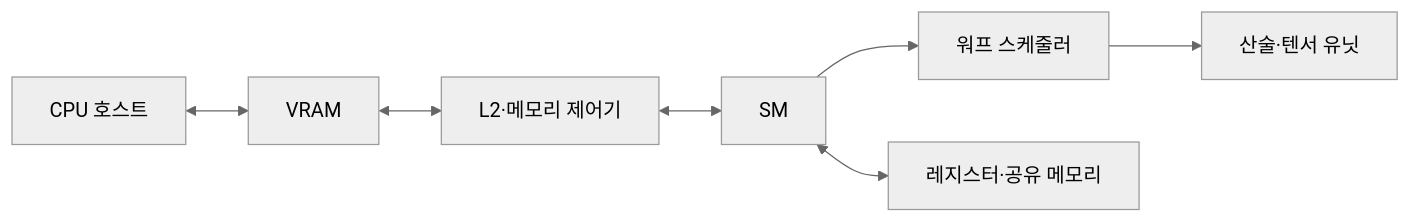
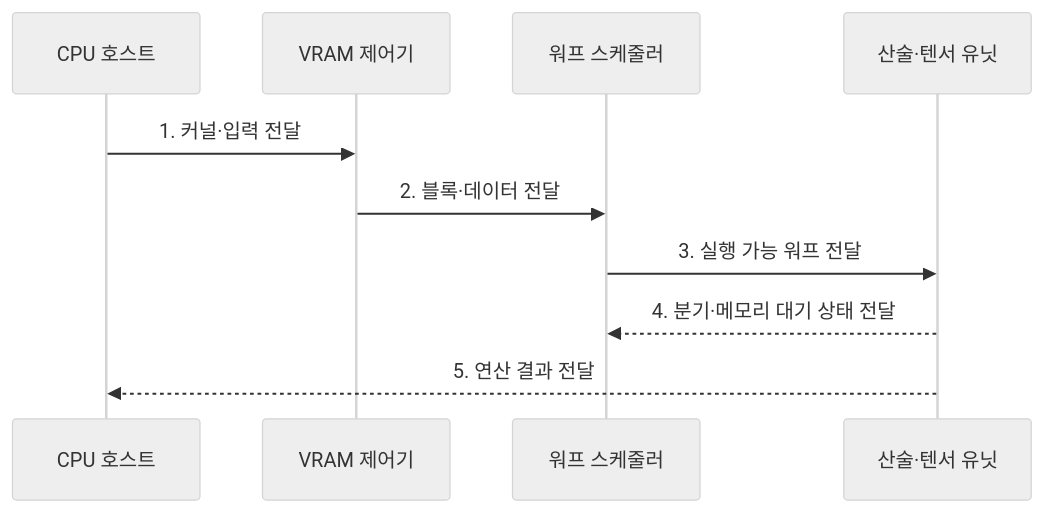
The second of 2 diagrams in src/content/docs/notes/08-latest-tech/141_gpu.md (agnusdei1207/knowledge-base), drawn with Mermaid (neutral theme) before and after one commit. The commit also changed other lines of this file and 23 other files, not shown here.

````diff
--- a/src/content/docs/notes/08-latest-tech/141_gpu.md
+++ b/src/content/docs/notes/08-latest-tech/141_gpu.md
@@ -53,9 +82,12 @@
 ```mermaid
-flowchart LR
-    H[CPU 호스트] <--> V[VRAM]
-    V <--> L[L2·메모리 제어기]
-    L <--> S[SM]
-    S --> W[워프 스케줄러]
-    W --> U[산술·텐서 유닛]
-    S <--> M[레지스터·공유 메모리]
+sequenceDiagram
+    participant H as CPU 호스트
+    participant V as VRAM 제어기
+    participant S as 워프 스케줄러
+    participant U as 산술·텐서 유닛
+    H->>V: 1. 커널·입력 전달
+    V->>S: 2. 블록·데이터 전달
+    S->>U: 3. 실행 가능 워프 전달
+    U-->>S: 4. 분기·메모리 대기 상태 전달
+    U-->>H: 5. 연산 결과 전달
 ```
````
